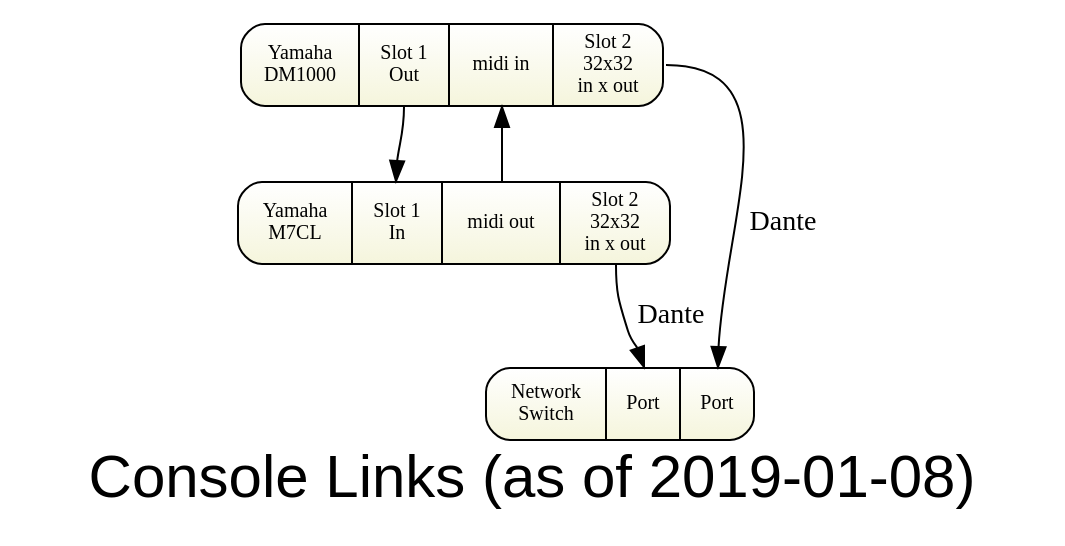
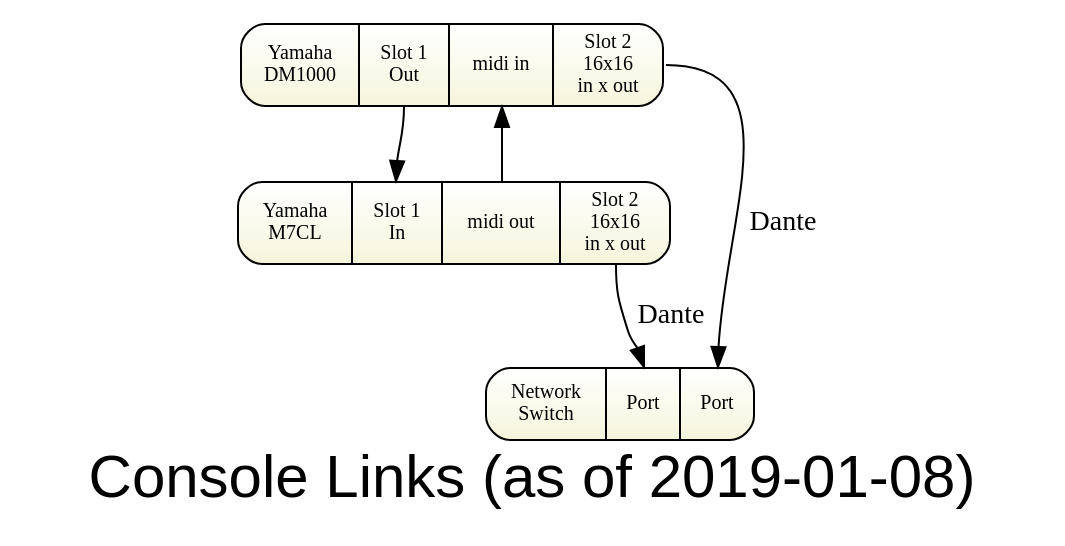
The diagram in sda-links.gv (avmaint/uactechdoc), drawn with Graphviz before and after one commit. The commit also changed 2 other files, not shown here.

```diff
--- a/sda-links.gv
+++ b/sda-links.gv
@@ -1,30 +1,30 @@
 digraph topology1 { 
 graph [overlap = true, fontsize = 30, rankdir=TB 
       label="Console Links (as of 2019-01-08)",
       fontname = Helvetica]
 
 node [shape=Mrecord, tooltip="" , fontsize = 10,
       fillcolor="white:beige" , style=filled  
       gradientangle=270]
       
 dm1k [label="
    {Yamaha\nDM1000}|
-  {{ <link>Slot 1\nOut} }|{<midi>midi in} | {<net>Slot 2\n32x32\nin x out}"]
+  {{ <link>Slot 1\nOut} }|{<midi>midi in} | {<net>Slot 2\n16x16\nin x out}"]
 
 m7 [label="
     {  Yamaha\nM7CL} |
     <link>Slot 1\nIn |
-    <midi>midi out   | {<net>Slot 2\n32x32\nin x out}
+    <midi>midi out   | {<net>Slot 2\n16x16\nin x out}
 "]
 
 nscua003 [label="
    {Network\nSwitch}|
    { <net2
    > Port}| {<net1> Port}   "]
 
 dm1k:link -> m7:link
 m7:midi -> dm1k:midi
 
 dm1k:net -> nscua003:net1 [label="Dante"]
 m7:net -> nscua003:net2 [label="Dante"]
 } 
```
